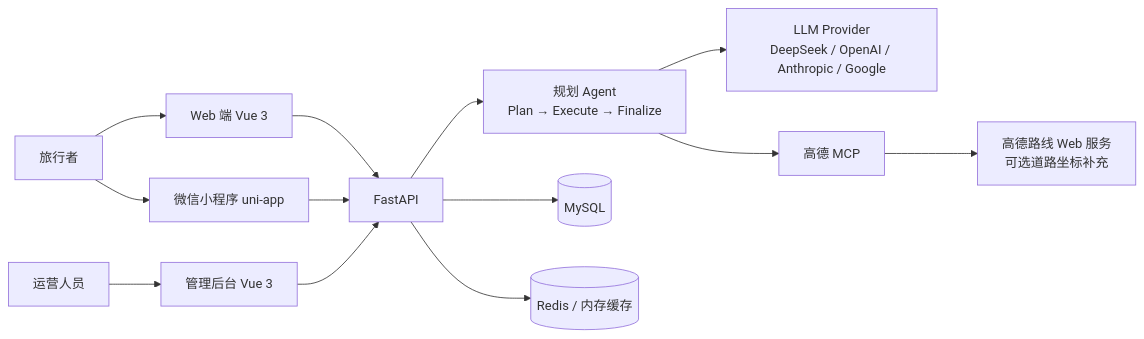
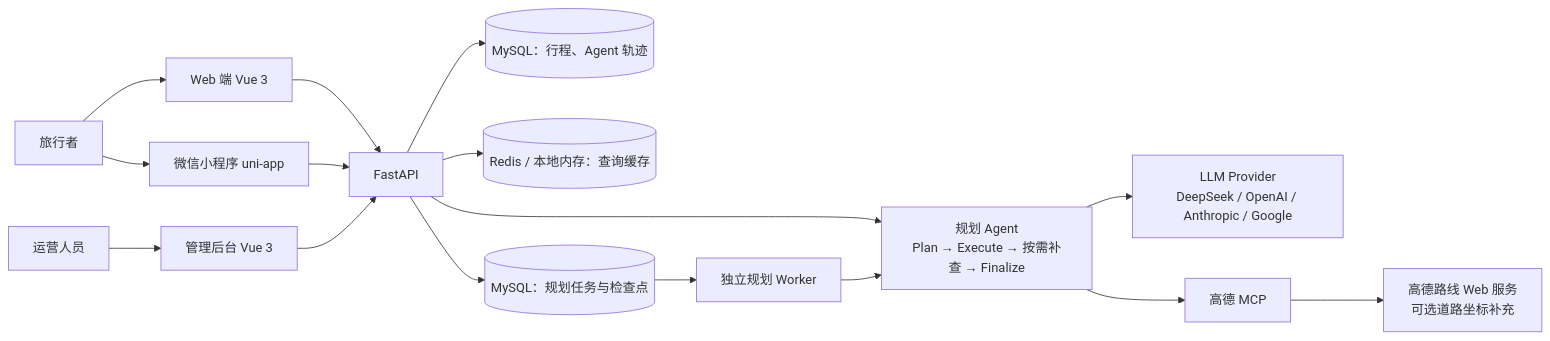
The diagram in README.md (xg-debug/ai-travel-planner), drawn with Mermaid before and after one commit. The commit also changed other lines of this file and 59 other files, not shown here.

````diff
--- a/README.md
+++ b/README.md
@@ -65,15 +69,18 @@
 ```mermaid
 flowchart LR
     U[旅行者] --> W[Web 端 Vue 3]
     U --> M[微信小程序 uni-app]
     A[运营人员] --> C[管理后台 Vue 3]
     W --> B[FastAPI]
     M --> B
     C --> B
-    B --> P[规划 Agent<br/>Plan → Execute → Finalize]
+    B --> P[规划 Agent<br/>Plan → Execute → 按需补查 → Finalize]
     P --> L[LLM Provider<br/>DeepSeek / OpenAI / Anthropic / Google]
     P --> G[高德 MCP]
     G --> R[高德路线 Web 服务<br/>可选道路坐标补充]
-    B --> D[(MySQL)]
-    B --> K[(Redis / 内存缓存)]
+    B --> D[(MySQL：行程、Agent 轨迹)]
+    B --> K[(Redis / 本地内存：查询缓存)]
+    B --> J[(MySQL：规划任务与检查点)]
+    J --> X[独立规划 Worker]
+    X --> P
 ```
````
